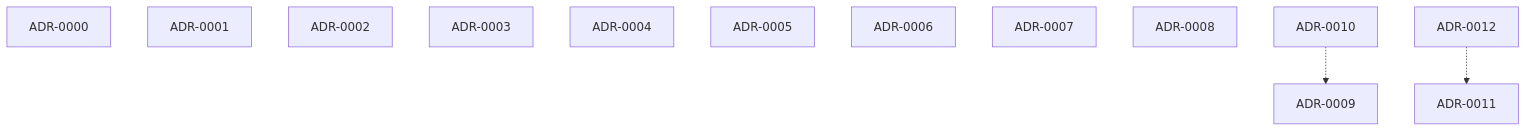
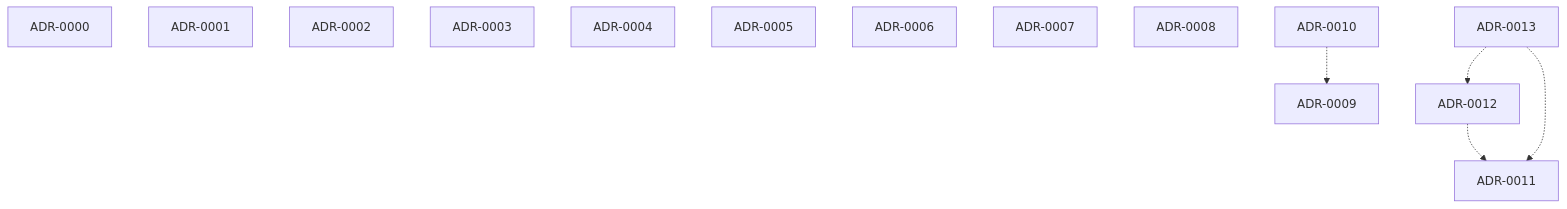
Before and after one commit to omnitech-solutions/omnitech-interview-answers-generator: the diagram in bionic/adrs/lineage.md, drawn with Mermaid. The commit also changed other lines of this file and 11 other files, not shown here.

````diff
--- a/bionic/adrs/lineage.md
+++ b/bionic/adrs/lineage.md
@@ -9,18 +9,21 @@
 ```mermaid
 graph TD
   ADR_0000["ADR-0000"]
   ADR_0001["ADR-0001"]
   ADR_0002["ADR-0002"]
   ADR_0003["ADR-0003"]
   ADR_0004["ADR-0004"]
   ADR_0005["ADR-0005"]
   ADR_0006["ADR-0006"]
   ADR_0007["ADR-0007"]
   ADR_0008["ADR-0008"]
   ADR_0009["ADR-0009"]
   ADR_0010["ADR-0010"]
   ADR_0011["ADR-0011"]
   ADR_0012["ADR-0012"]
+  ADR_0013["ADR-0013"]
   ADR_0010 -.-> ADR_0009
   ADR_0012 -.-> ADR_0011
+  ADR_0013 -.-> ADR_0011
+  ADR_0013 -.-> ADR_0012
 ```
````
